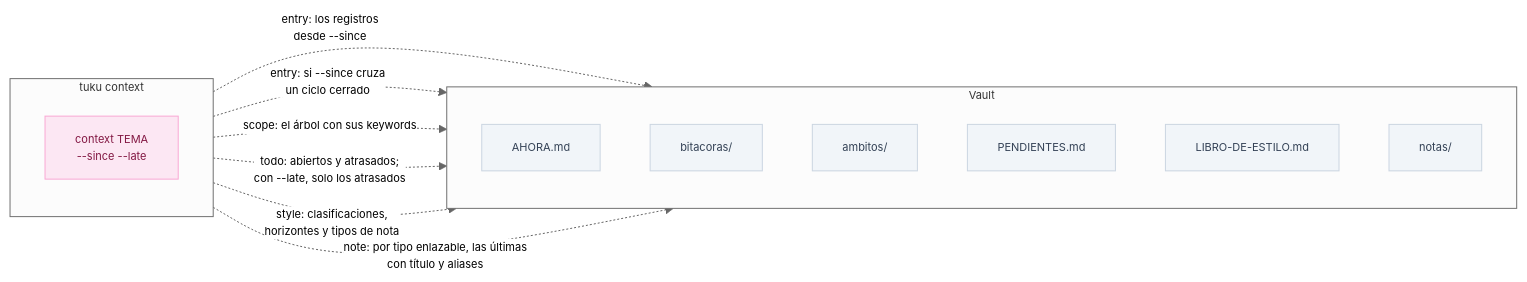
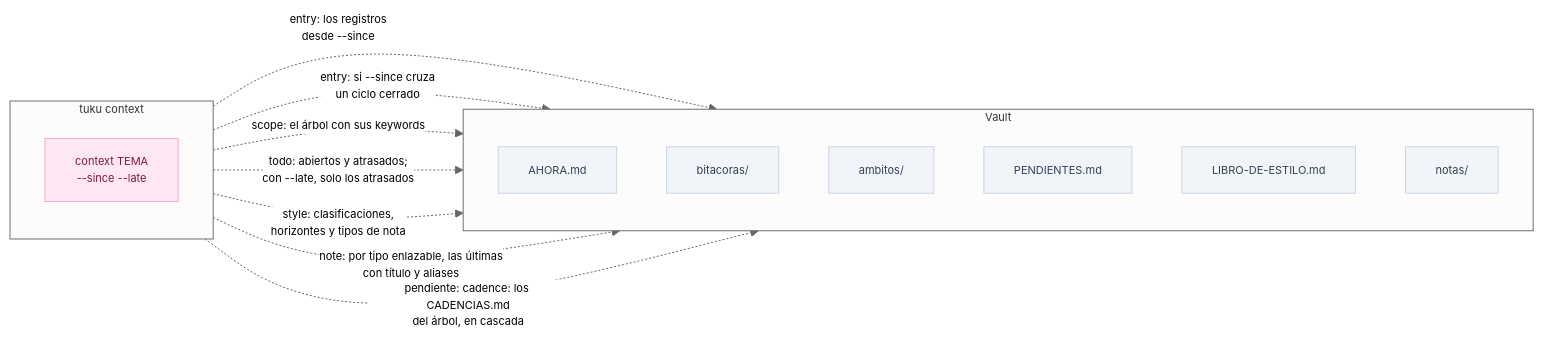
The seventh of 8 diagrams in spec/tuku.md (pewma-ai/tuku), drawn with Mermaid before and after one commit. The commit also changed other lines of this file and 13 other files, not shown here.

First line of the commit message:
docs(devel): plan y resultado del refactor de tuku, y lo pendiente de ciclos con nombre

````diff
--- a/spec/tuku.md
+++ b/spec/tuku.md
@@ -290,29 +292,30 @@
 ```mermaid
 %%{init: {'flowchart': {'useMaxWidth': true}, 'theme': 'neutral', 'themeVariables': {'fontSize': '11px'}}}%%
 flowchart LR
     subgraph CMD["tuku context"]
         direction TB
         CX["context TEMA<br/>--since --late"]
     end
     subgraph VAULT["Vault"]
         direction TB
         AH["AHORA.md"]
         BI["bitacoras/"]
         AM["ambitos/"]
         PE["PENDIENTES.md"]
         LE["LIBRO-DE-ESTILO.md"]
         NO["notas/"]
     end
 
     CX -.->|"entry: los registros<br/>desde --since"| AH
     CX -.->|"entry: si --since cruza<br/>un ciclo cerrado"| BI
     CX -.->|"scope: el árbol con sus keywords"| AM
     CX -.->|"todo: abiertos y atrasados;<br/>con --late, solo los atrasados"| PE
     CX -.->|"style: clasificaciones,<br/>horizontes y tipos de nota"| LE
     CX -.->|"note: por tipo enlazable, las últimas<br/>con título y aliases"| NO
+    CX -.->|"pendiente: cadence: los CADENCIAS.md<br/>del árbol, en cascada"| AM
 
     classDef revisa fill:#fce7f3,color:#831843,stroke:#f9a8d4
     classDef archivo fill:#f1f5f9,color:#334155,stroke:#cbd5e1
     class CX revisa
     class AH,BI,AM,PE,LE,NO archivo
 ```
````
